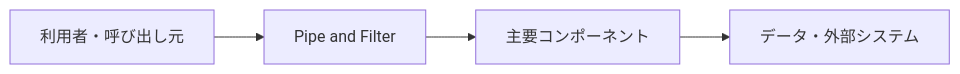
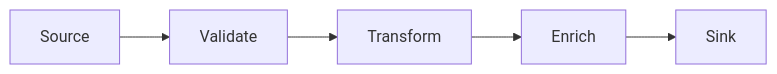
One commit to t-shirayama/architecture-notes changed the diagram in docs/エンタープライズ統合・連携系/パイプアンドフィルター.md. Above: the diagram before and after it, drawn with Mermaid. The commit also changed other lines of this file and 32 other files, not shown here.

Commit message:
docs: refine remaining architecture notes

````diff
--- a/docs/エンタープライズ統合・連携系/パイプアンドフィルター.md
+++ b/docs/エンタープライズ統合・連携系/パイプアンドフィルター.md
@@ -24,6 +28,7 @@
 ```mermaid
 flowchart LR
-    A[利用者・呼び出し元] --> B[Pipe and Filter]
-    B --> C[主要コンポーネント]
-    C --> D[データ・外部システム]
+    Source --> F1[Validate]
+    F1 --> F2[Transform]
+    F2 --> F3[Enrich]
+    F3 --> Sink
 ```
````
